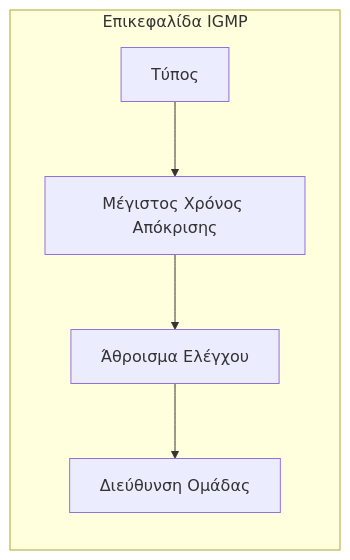
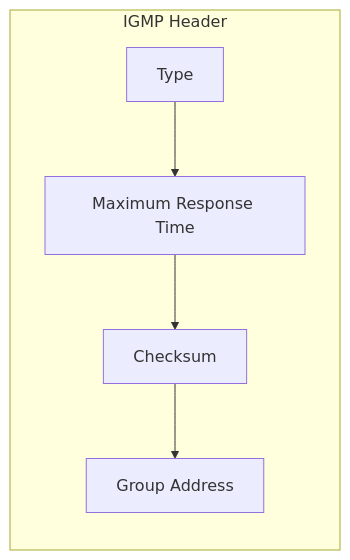
The second of 4 diagrams in Year_1/Semester_2/NETWORKING/Resources/Notes/6. IGMP.md (PanagopoulosNikolaos/DitOpenNotes), drawn with Mermaid before and after one commit. The commit also changed other lines of this file and 61 other files, not shown here.

````diff
--- a/Year_1/Semester_2/NETWORKING/Resources/Notes/6. IGMP.md
+++ b/Year_1/Semester_2/NETWORKING/Resources/Notes/6. IGMP.md
@@ -56,8 +56,8 @@
 ```Mermaid
 graph LR
-    subgraph "Επικεφαλίδα IGMP"
-    A[Τύπος] --> B[Μέγιστος Χρόνος Απόκρισης]
-    B --> C[Άθροισμα Ελέγχου]
-    C --> D[Διεύθυνση Ομάδας]
+    subgraph "IGMP Header"
+    A[Type] --> B[Maximum Response Time]
+    B --> C[Checksum]
+    C --> D[Group Address]
     end
 ```
````
